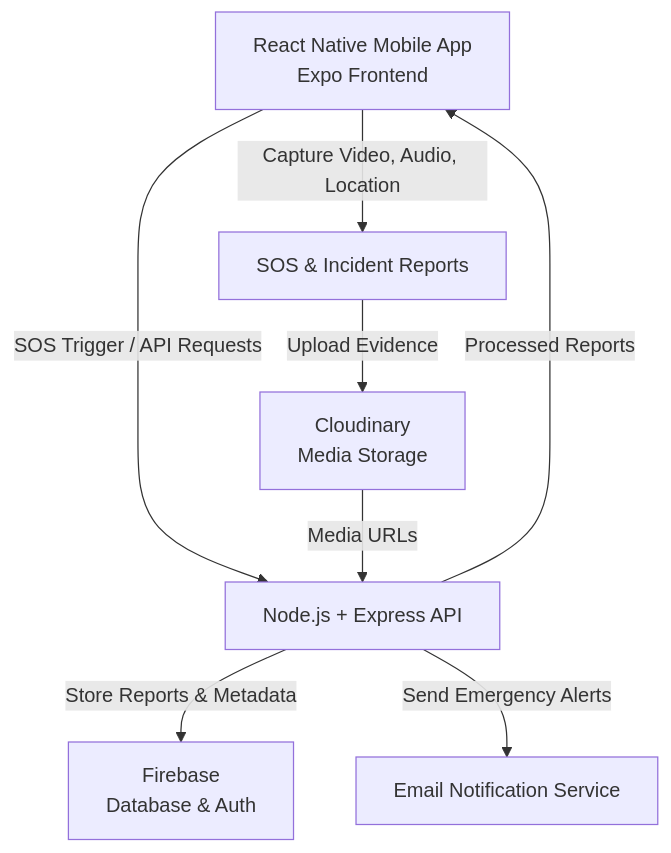
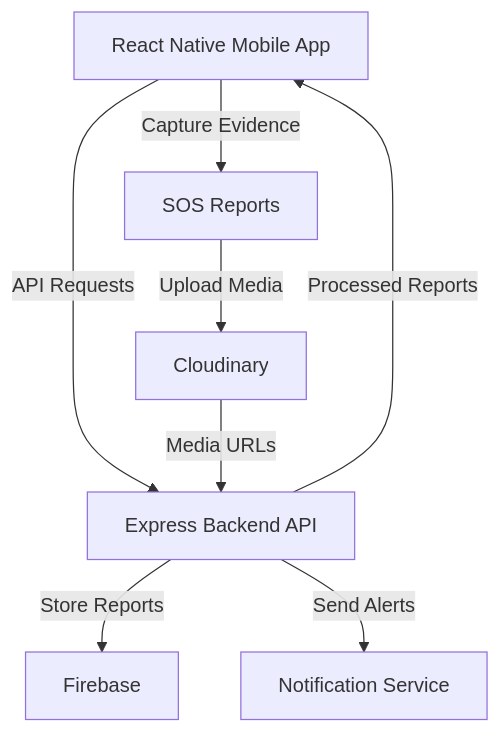
One commit to Aashish187/Abhaya changed the first of 2 diagrams in README.md. Above: the diagram before and after it, drawn with Mermaid. The commit also changed other lines of this file, not shown here.

````diff
--- a/README.md
+++ b/README.md
@@ -121,29 +121,21 @@
 ```mermaid
 flowchart TD
 
-    A[React Native Mobile App<br/>Expo Frontend]
+    A["React Native Mobile App"]
+    B["Express Backend API"]
+    C["Firebase"]
+    D["Cloudinary"]
+    E["Notification Service"]
+    F["SOS Reports"]
 
-    B[Node.js + Express API]
+    A -->|API Requests| B
+    A -->|Capture Evidence| F
 
-    C[Firebase<br/>Database & Auth]
+    F -->|Upload Media| D
 
-    D[Cloudinary<br/>Media Storage]
-
-    E[Email Notification Service]
-
-    F[SOS & Incident Reports]
-
-    A -->|SOS Trigger / API Requests| B
-
-    A -->|Capture Video, Audio, Location| F
-
-    F -->|Upload Evidence| D
-
-    B -->|Store Reports & Metadata| C
-
-    B -->|Send Emergency Alerts| E
+    B -->|Store Reports| C
+    B -->|Send Alerts| E
 
     D -->|Media URLs| B
-
     B -->|Processed Reports| A
 ```
````
